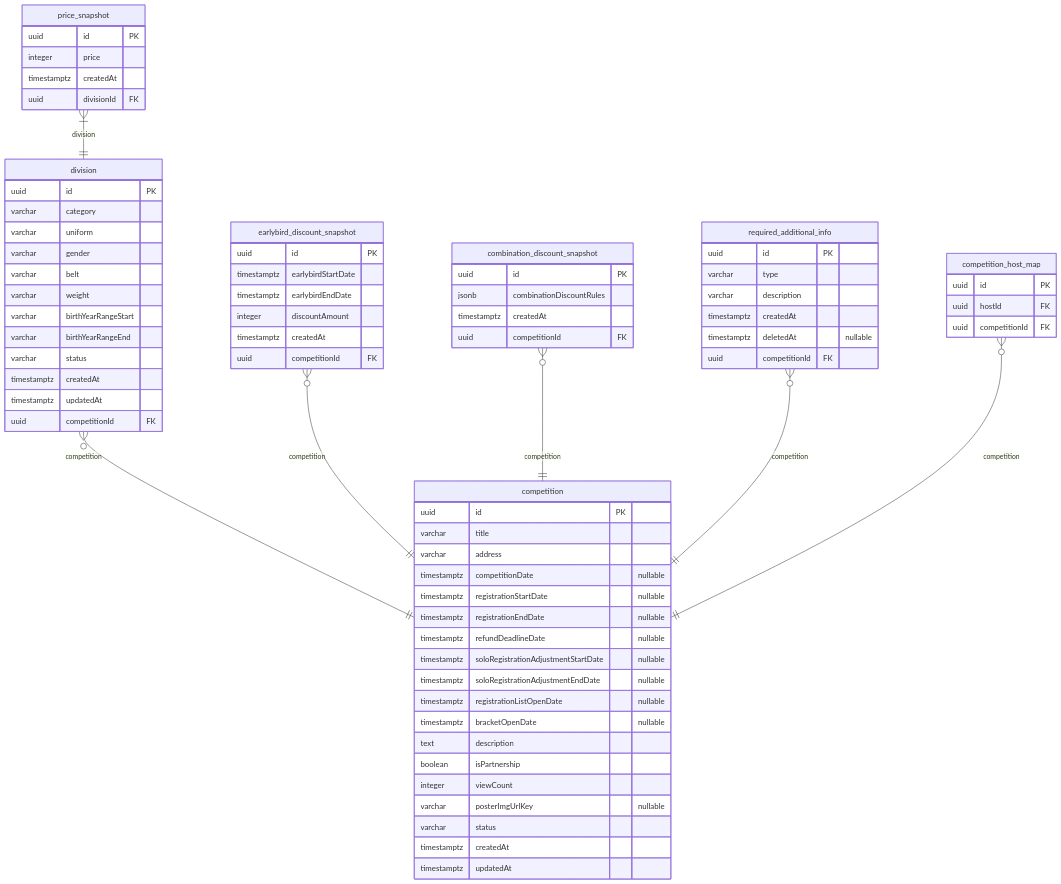
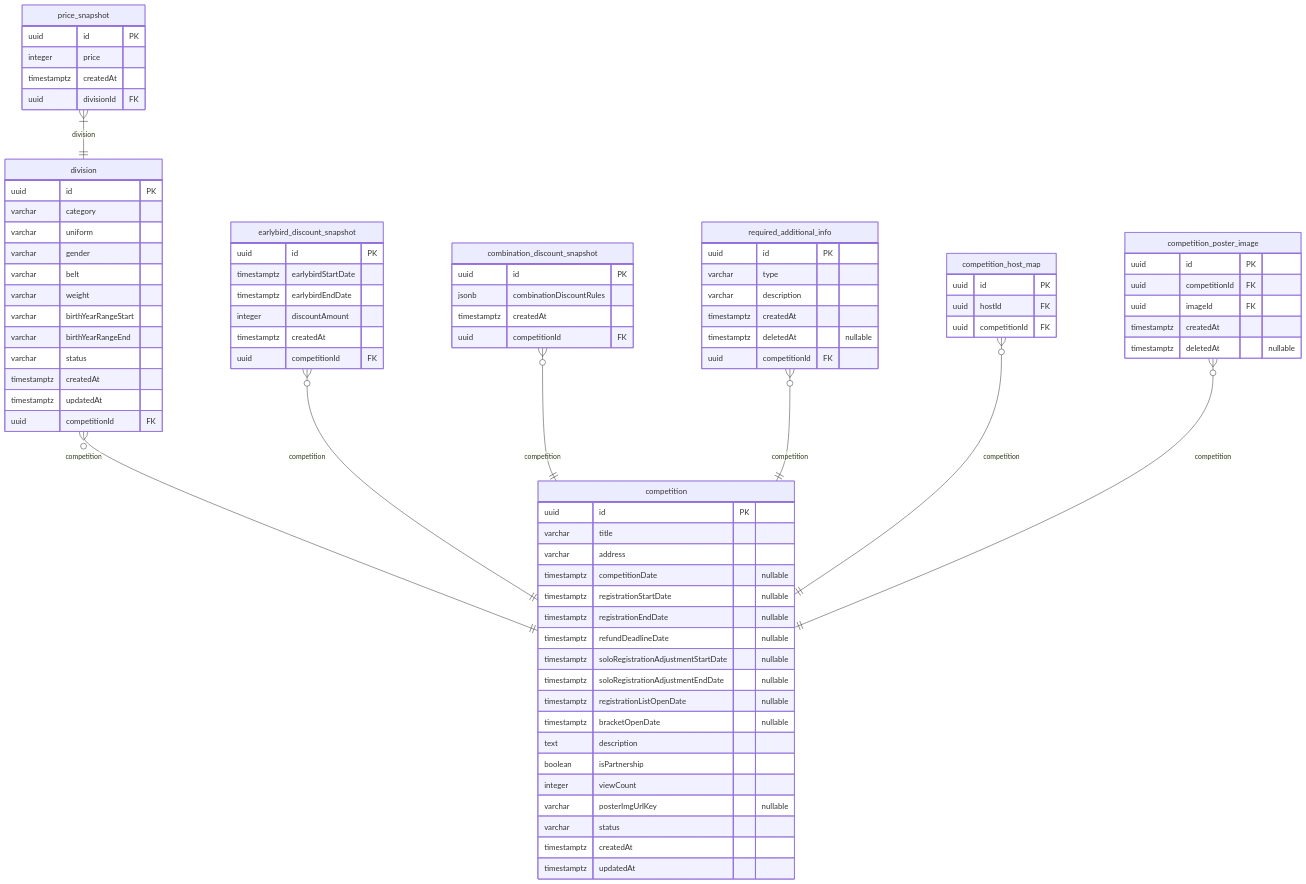
Before and after one commit to NAJUHA-JIUJITSU/najuha-v2-be: the third of 5 diagrams in docs/najiha-v2-erd.md, drawn with Mermaid. The commit also changed other lines of this file and 20 other files, not shown here.

Commit message:
NJH-400 feat: createCompetitonPosterImage

````diff
--- a/docs/najiha-v2-erd.md
+++ b/docs/najiha-v2-erd.md
@@ -374,6 +396,13 @@
     uuid hostId FK
     uuid competitionId FK
   }
+  competition_poster_image {
+    uuid id PK
+    uuid competitionId FK
+    uuid imageId FK
+    timestamptz createdAt
+    timestamptz deletedAt "nullable"
+  }
   competition {
     uuid id PK
     varchar title
@@ -400,4 +429,5 @@
   combination_discount_snapshot }o--|| competition: competition
   required_additional_info }o--|| competition: competition
   competition_host_map }o--|| competition: competition
+  competition_poster_image }o--|| competition: competition
 ```
````
